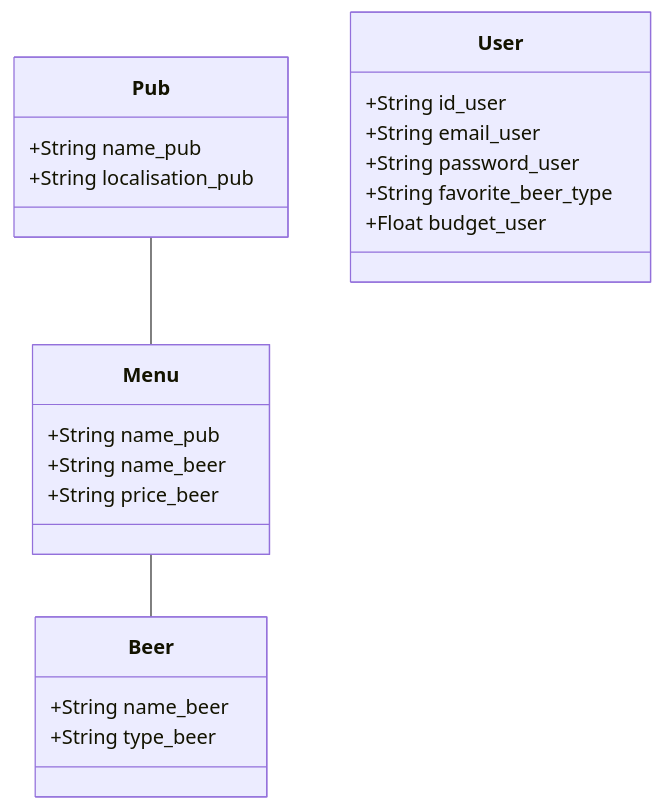
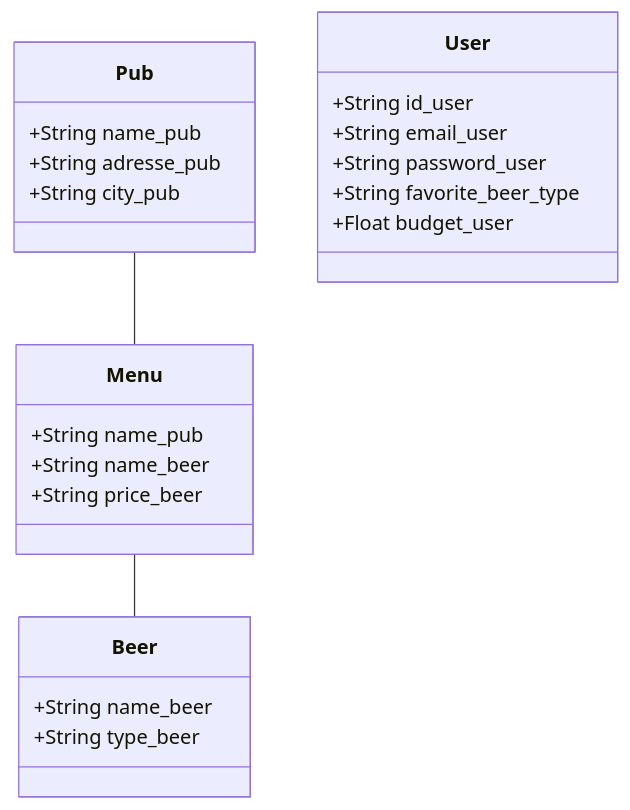
The diagram in README.md (DonMako/beer), drawn with Mermaid before and after one commit. The commit also changed 3 other files, not shown here.

````diff
--- a/README.md
+++ b/README.md
@@ -39,25 +39,26 @@
 ```mermaid
 classDiagram
     Pub -- Menu
     Menu -- Beer
     class User{
       +String id_user
       +String email_user
       +String password_user
       +String favorite_beer_type
       +Float budget_user
     }
     class Beer{
       +String name_beer
       +String type_beer
     }
     class Menu{
       +String name_pub
       +String name_beer
       +String price_beer
     }
     class Pub{
       +String name_pub
-      +String localisation_pub
+      +String adresse_pub
+      +String city_pub
     }
 ```
````
